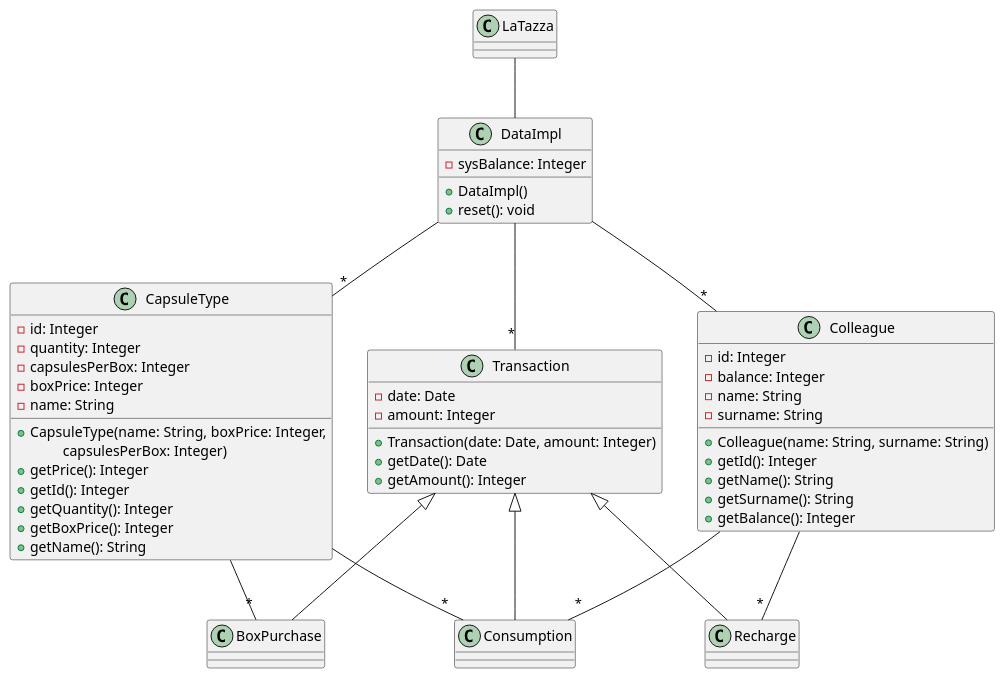
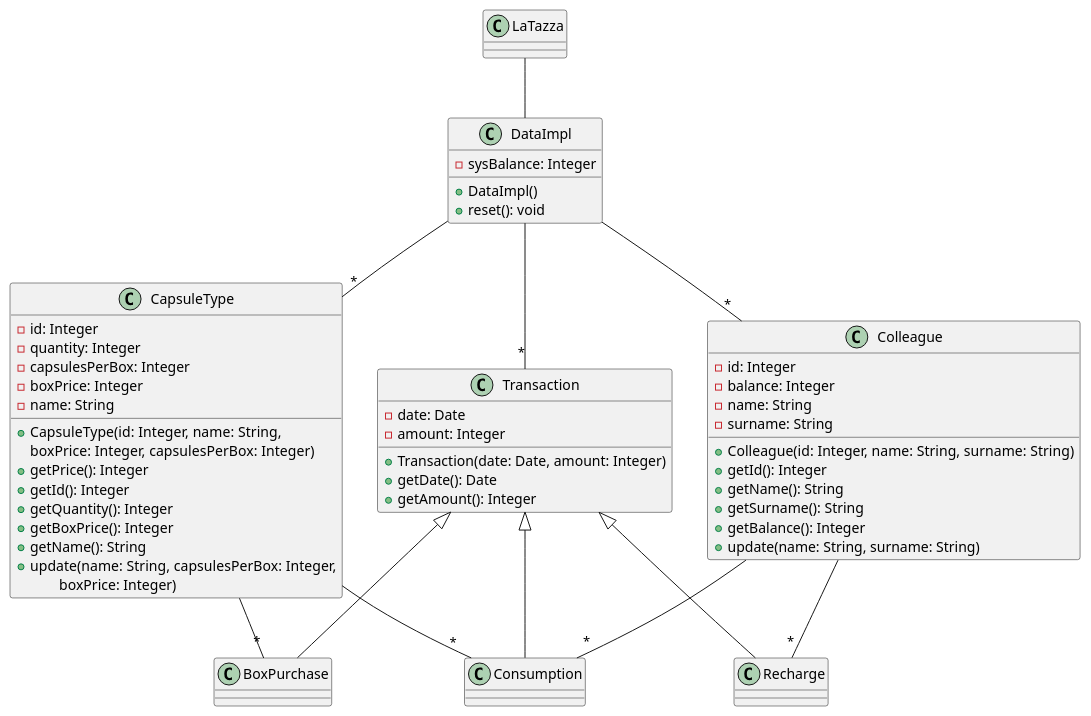
The second of 3 diagrams in DesignDocument.md (s41m0n/LaTazza), drawn with PlantUML before and after one commit. The commit also changed other lines of this file, not shown here.

Commit message:
Added classDiagram note and updated packageDiagram

````diff
--- a/DesignDocument.md
+++ b/DesignDocument.md
@@ -48,69 +60,71 @@
 ```plantuml
 @startuml
 class LaTazza
 
 class DataImpl {
 	-sysBalance: Integer
 
 	+DataImpl()
 	+reset(): void
 }
 
 class Colleague {
 	-id: Integer
 	-balance: Integer
 	-name: String
 	-surname: String
 
-	+Colleague(name: String, surname: String)
+	+Colleague(id: Integer, name: String, surname: String)
 	+getId(): Integer
 	+getName(): String
 	+getSurname(): String
 	+getBalance(): Integer
+	+update(name: String, surname: String)
 }
 
 class CapsuleType {
 	-id: Integer
 	-quantity: Integer
 	-capsulesPerBox: Integer
 	-boxPrice: Integer
 	-name: String
 
-	+CapsuleType(name: String, boxPrice: Integer,
-	\t capsulesPerBox: Integer)
+	+CapsuleType(id: Integer, name: String, 
+		boxPrice: Integer, capsulesPerBox: Integer)
 	+getPrice(): Integer
 	+getId(): Integer
 	+getQuantity(): Integer
 	+getBoxPrice(): Integer
 	+getName(): String
-
+	+update(name: String, capsulesPerBox: Integer, 
+		\tboxPrice: Integer)
 }
 
 class Transaction {
 	-date: Date
 	-amount: Integer
 
 	+Transaction(date: Date, amount: Integer)
 	+getDate(): Date
 	+getAmount(): Integer
 }
 
 class BoxPurchase
 class Recharge
 class Consumption
 
 LaTazza -- DataImpl
 DataImpl -- "*" Colleague
 DataImpl - "*" Transaction
 DataImpl -- "*" CapsuleType
 
 Colleague -- "*" Consumption
 Colleague -- "*" Recharge
 CapsuleType -- "*" Consumption
 CapsuleType -- "*" BoxPurchase
 
 Transaction <|-- Recharge
 Transaction <|-- Consumption
 Transaction <|-- BoxPurchase
 @enduml
 ```
````
